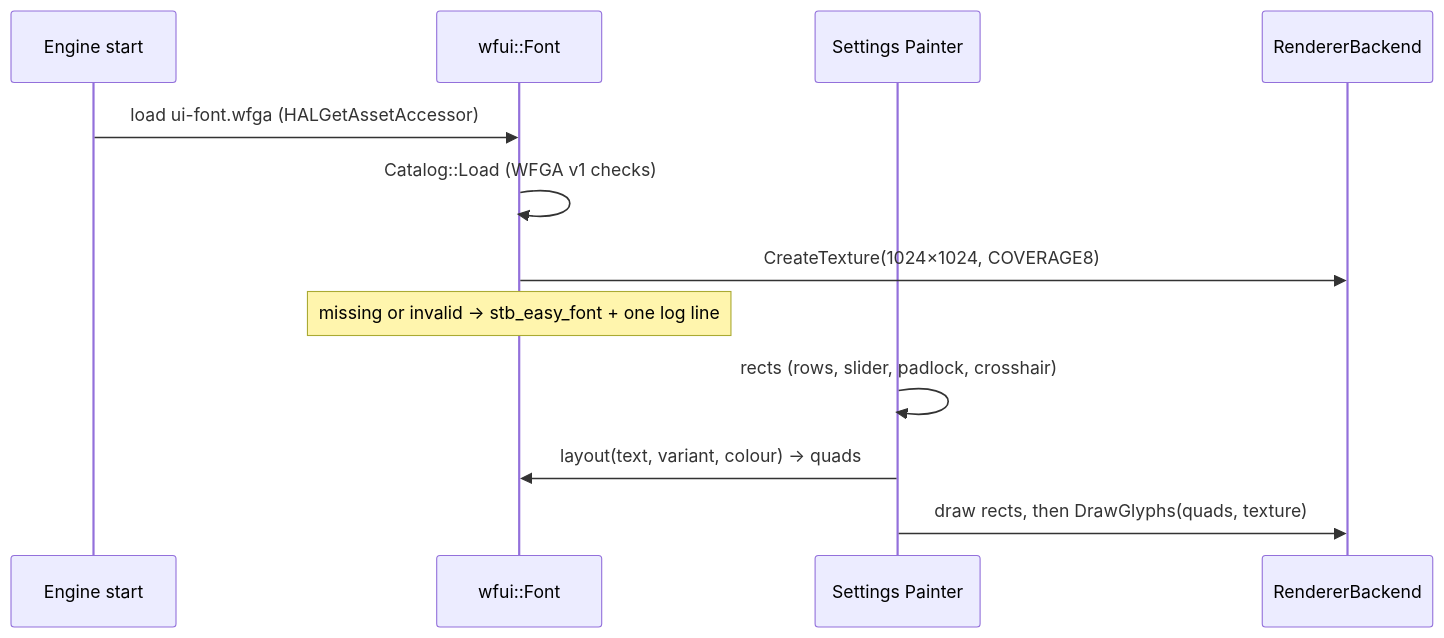
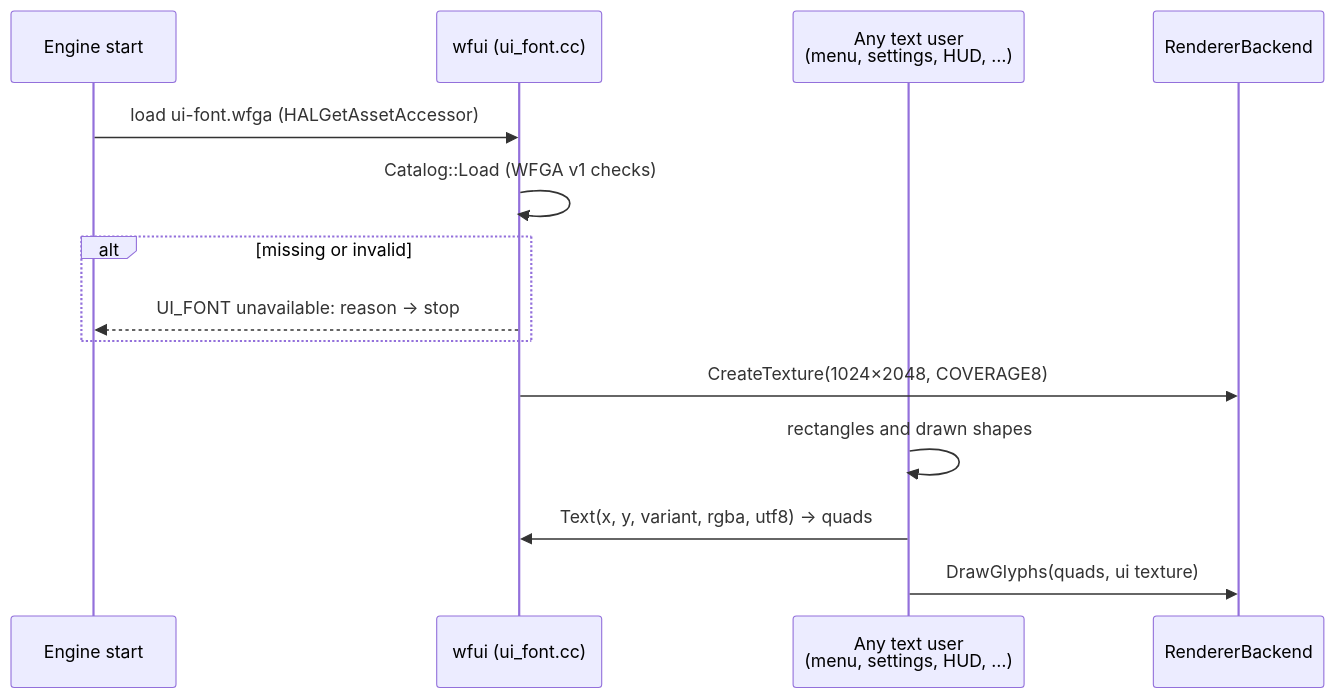
The second of 2 diagrams in docs/plans/2026-10-17-settings-editor-font.md (wbniv/WorldFoundry), drawn with Mermaid before and after one commit. The commit also changed other lines of this file and 11 other files, not shown here.

First line of the commit message:
Plan: Atkinson replaces stb_easy_font everywhere, and stb_easy_font is deleted

````diff
--- a/docs/plans/2026-10-17-settings-editor-font.md
+++ b/docs/plans/2026-10-17-settings-editor-font.md
@@ -60,14 +76,16 @@
 ```mermaid
 sequenceDiagram
   participant E as Engine start
-  participant F as wfui::Font
-  participant P as Settings Painter
+  participant F as wfui (ui_font.cc)
+  participant U as Any text user<br/>(menu, settings, HUD, …)
   participant RB as RendererBackend
   E->>F: load ui-font.wfga (HALGetAssetAccessor)
   F->>F: Catalog::Load (WFGA v1 checks)
-  F->>RB: CreateTexture(1024×1024, COVERAGE8)
-  Note over F: missing or invalid → stb_easy_font + one log line
-  P->>P: rects (rows, slider, padlock, crosshair)
-  P->>F: layout(text, variant, colour) → quads
-  P->>RB: draw rects, then DrawGlyphs(quads, texture)
+  alt missing or invalid
+    F-->>E: UI_FONT unavailable: reason → stop
+  end
+  F->>RB: CreateTexture(1024×2048, COVERAGE8)
+  U->>U: rectangles and drawn shapes
+  U->>F: Text(x, y, variant, rgba, utf8) → quads
+  U->>RB: DrawGlyphs(quads, ui texture)
 ```
````
